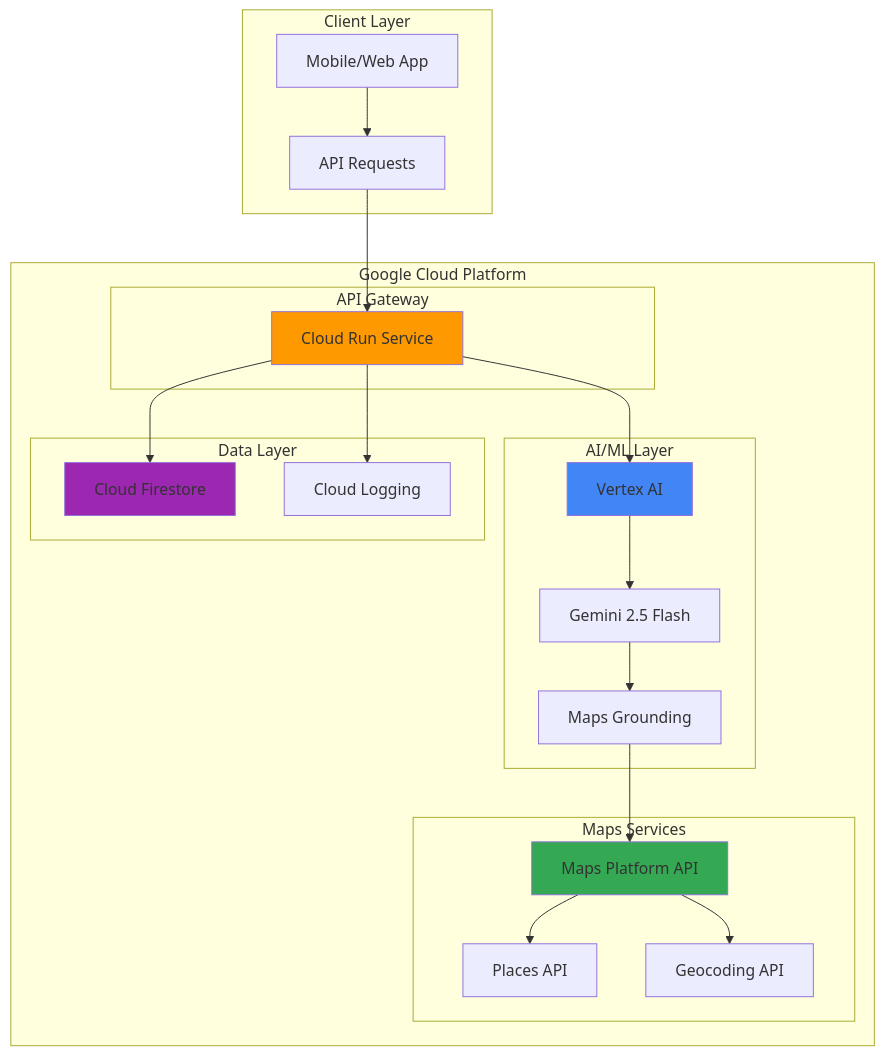
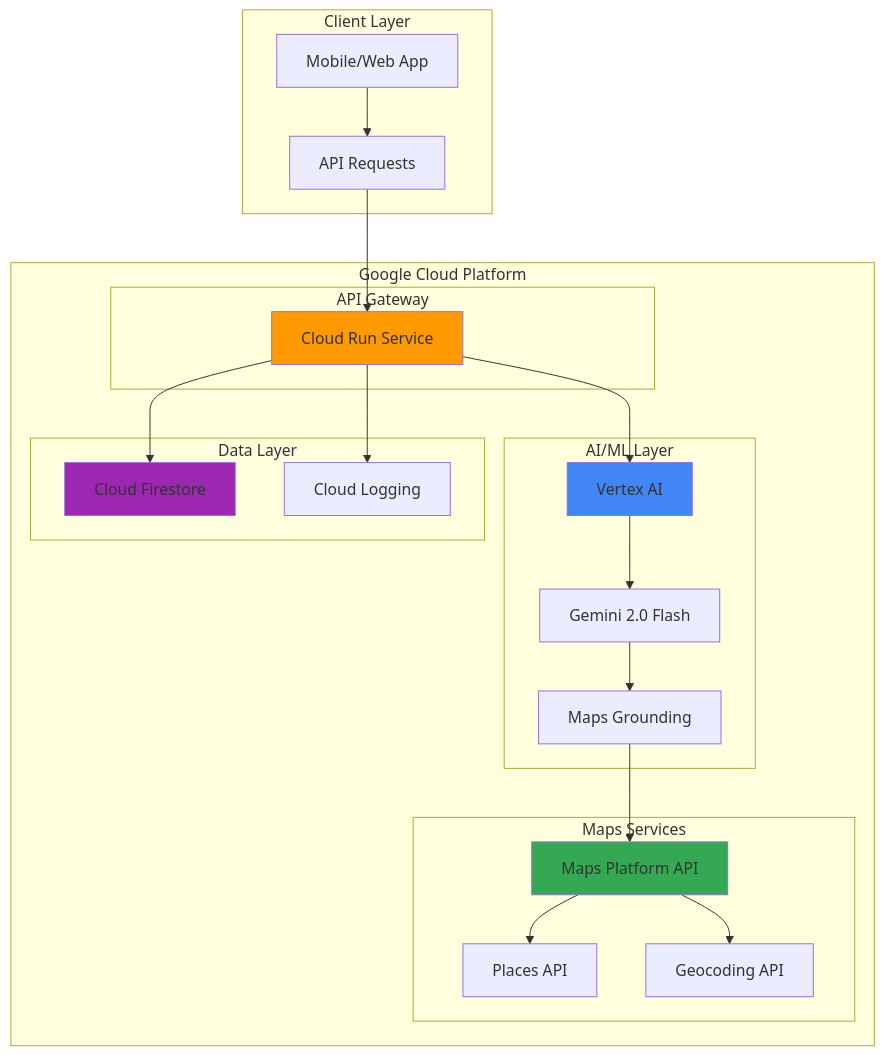
Before and after one commit to mzazon/awesome-cloud-projects: the diagram in gcp/location-based-service-recommendations-maps-platform-vertex-ai/location-based-service-recommendations-maps-platform-vertex-ai.md, drawn with Mermaid. The commit also changed other lines of this file and 5581 other files, not shown here.

````diff
--- a/gcp/location-based-service-recommendations-maps-platform-vertex-ai/location-based-service-recommendations-maps-platform-vertex-ai.md
+++ b/gcp/location-based-service-recommendations-maps-platform-vertex-ai/location-based-service-recommendations-maps-platform-vertex-ai.md
@@ -30,46 +30,46 @@
 ```mermaid
 graph TB
     subgraph "Client Layer"
         USER[Mobile/Web App]
         API[API Requests]
     end
     
     subgraph "Google Cloud Platform"
         subgraph "API Gateway"
             CR[Cloud Run Service]
         end
         
         subgraph "AI/ML Layer"
             VAI[Vertex AI]
-            GEMINI[Gemini 2.5 Flash]
+            GEMINI[Gemini 2.0 Flash]
             GROUNDING[Maps Grounding]
         end
         
         subgraph "Maps Services"
             MAPS[Maps Platform API]
             PLACES[Places API]
             GEOCODING[Geocoding API]
         end
         
         subgraph "Data Layer"
             FS[Cloud Firestore]
             LOGS[Cloud Logging]
         end
     end
     
     USER --> API
     API --> CR
     CR --> VAI
     VAI --> GEMINI
     GEMINI --> GROUNDING
     GROUNDING --> MAPS
     MAPS --> PLACES
     MAPS --> GEOCODING
     CR --> FS
     CR --> LOGS
     
     style VAI fill:#4285F4
     style MAPS fill:#34A853
     style CR fill:#FF9900
     style FS fill:#9C27B0
 ```
````
